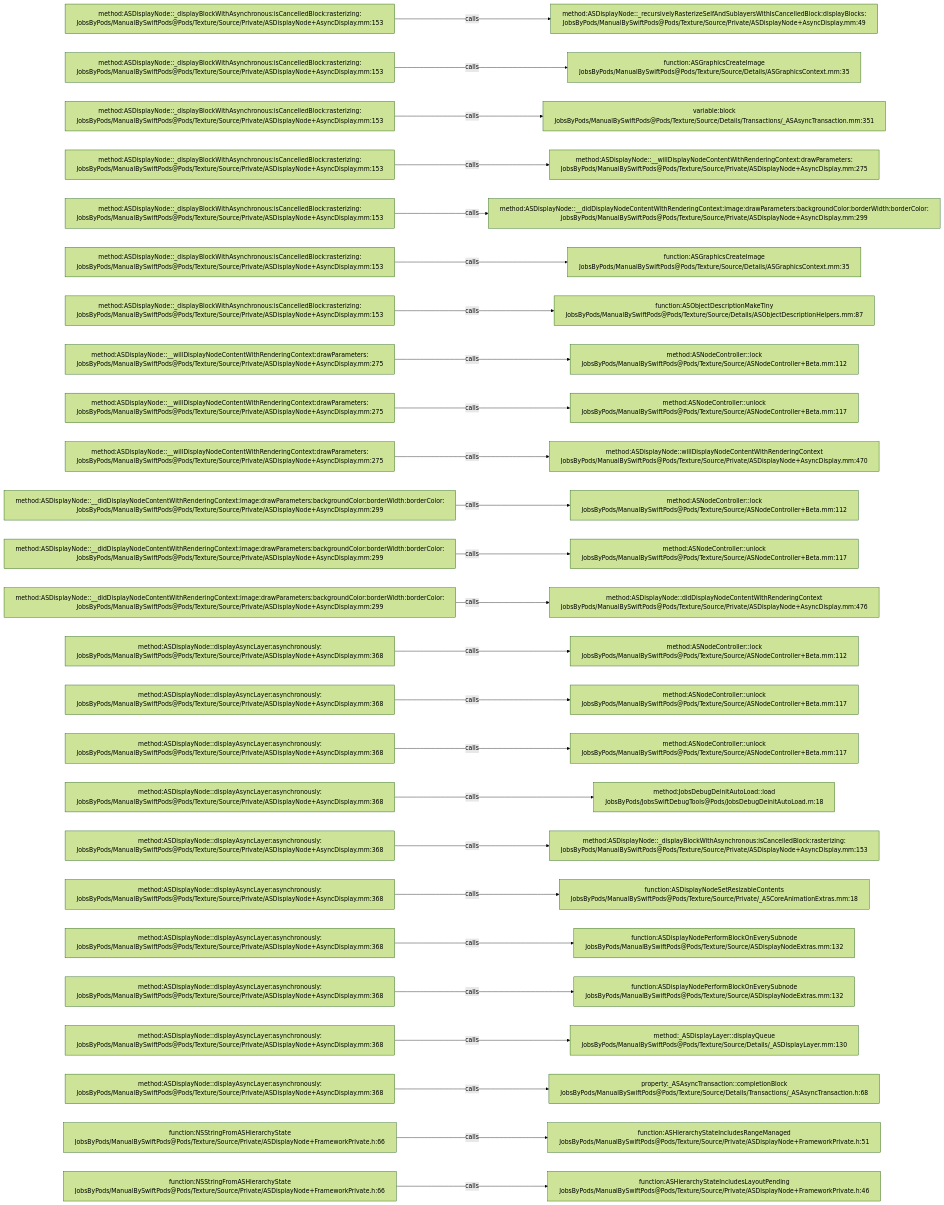
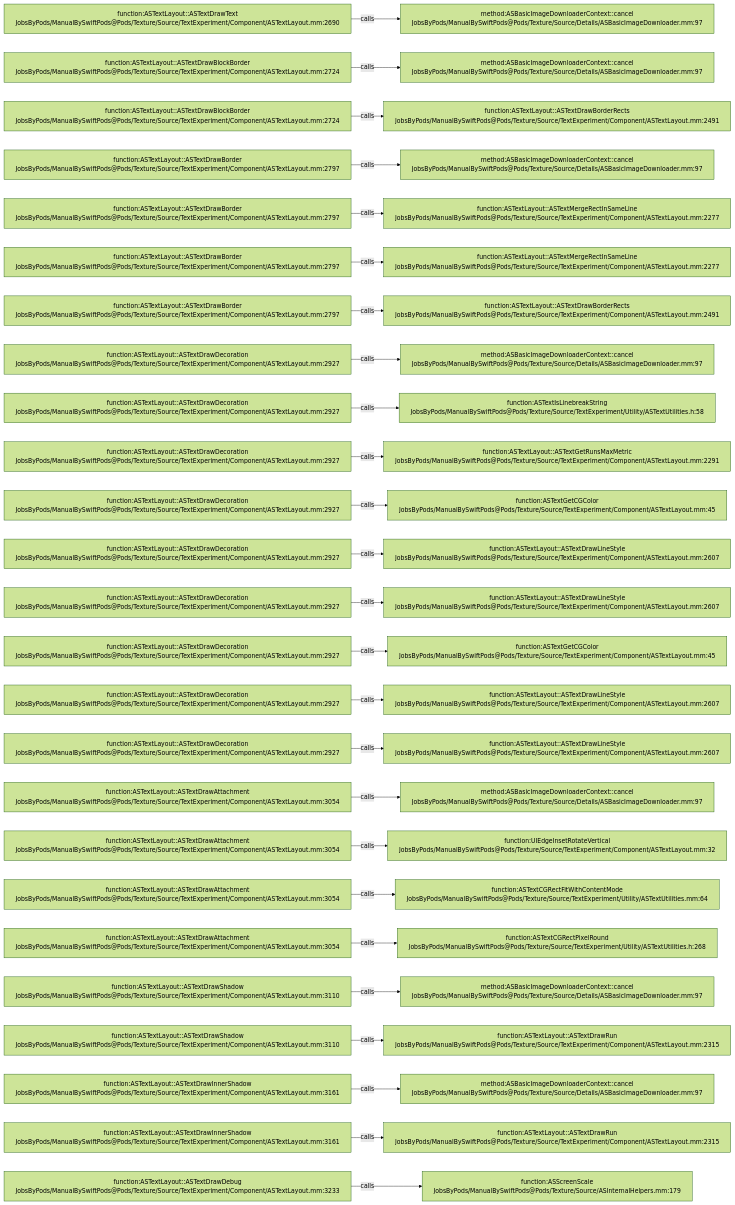
Before and after one commit to JobsKits/JobsSwiftBaseConfigDemo: the diagram in .codegraph/codegraph.md/graphs/calls-136.md, drawn with Mermaid (forest theme). The commit also changed 832 other files, not shown here.

````diff
--- a/.codegraph/codegraph.md/graphs/calls-136.md
+++ b/.codegraph/codegraph.md/graphs/calls-136.md
@@ -13,78 +13,78 @@
 ```mermaid
 flowchart LR
-  S1["method:ASDisplayNode::_displayBlockWithAsynchronous:isCancelledBlock:rasterizing:<br/>JobsByPods/ManualBySwiftPods@Pods/Texture/Source/Private/ASDisplayNode+AsyncDisplay.mm:153"]
-  T1["method:ASDisplayNode::_recursivelyRasterizeSelfAndSublayersWithIsCancelledBlock:displayBlocks:<br/>JobsByPods/ManualBySwiftPods@Pods/Texture/Source/Private/ASDisplayNode+AsyncDisplay.mm:49"]
+  S1["function:ASTextLayout::ASTextDrawText<br/>JobsByPods/ManualBySwiftPods@Pods/Texture/Source/TextExperiment/Component/ASTextLayout.mm:2690"]
+  T1["method:ASBasicImageDownloaderContext::cancel<br/>JobsByPods/ManualBySwiftPods@Pods/Texture/Source/Details/ASBasicImageDownloader.mm:97"]
   S1 -->|calls| T1
-  S2["method:ASDisplayNode::_displayBlockWithAsynchronous:isCancelledBlock:rasterizing:<br/>JobsByPods/ManualBySwiftPods@Pods/Texture/Source/Private/ASDisplayNode+AsyncDisplay.mm:153"]
-  T2["function:ASGraphicsCreateImage<br/>JobsByPods/ManualBySwiftPods@Pods/Texture/Source/Details/ASGraphicsContext.mm:35"]
+  S2["function:ASTextLayout::ASTextDrawBlockBorder<br/>JobsByPods/ManualBySwiftPods@Pods/Texture/Source/TextExperiment/Component/ASTextLayout.mm:2724"]
+  T2["method:ASBasicImageDownloaderContext::cancel<br/>JobsByPods/ManualBySwiftPods@Pods/Texture/Source/Details/ASBasicImageDownloader.mm:97"]
   S2 -->|calls| T2
-  S3["method:ASDisplayNode::_displayBlockWithAsynchronous:isCancelledBlock:rasterizing:<br/>JobsByPods/ManualBySwiftPods@Pods/Texture/Source/Private/ASDisplayNode+AsyncDisplay.mm:153"]
-  T3["variable:block<br/>JobsByPods/ManualBySwiftPods@Pods/Texture/Source/Details/Transactions/_ASAsyncTransaction.mm:351"]
+  S3["function:ASTextLayout::ASTextDrawBlockBorder<br/>JobsByPods/ManualBySwiftPods@Pods/Texture/Source/TextExperiment/Component/ASTextLayout.mm:2724"]
+  T3["function:ASTextLayout::ASTextDrawBorderRects<br/>JobsByPods/ManualBySwiftPods@Pods/Texture/Source/TextExperiment/Component/ASTextLayout.mm:2491"]
   S3 -->|calls| T3
-  S4["method:ASDisplayNode::_displayBlockWithAsynchronous:isCancelledBlock:rasterizing:<br/>JobsByPods/ManualBySwiftPods@Pods/Texture/Source/Private/ASDisplayNode+AsyncDisplay.mm:153"]
-  T4["method:ASDisplayNode::__willDisplayNodeContentWithRenderingContext:drawParameters:<br/>JobsByPods/ManualBySwiftPods@Pods/Texture/Source/Private/ASDisplayNode+AsyncDisplay.mm:275"]
+  S4["function:ASTextLayout::ASTextDrawBorder<br/>JobsByPods/ManualBySwiftPods@Pods/Texture/Source/TextExperiment/Component/ASTextLayout.mm:2797"]
+  T4["method:ASBasicImageDownloaderContext::cancel<br/>JobsByPods/ManualBySwiftPods@Pods/Texture/Source/Details/ASBasicImageDownloader.mm:97"]
   S4 -->|calls| T4
-  S5["method:ASDisplayNode::_displayBlockWithAsynchronous:isCancelledBlock:rasterizing:<br/>JobsByPods/ManualBySwiftPods@Pods/Texture/Source/Private/ASDisplayNode+AsyncDisplay.mm:153"]
-  T5["method:ASDisplayNode::__didDisplayNodeContentWithRenderingContext:image:drawParameters:backgroundColor:borderWidth:borderColor:<br/>JobsByPods/ManualBySwiftPods@Pods/Texture/Source/Private/ASDisplayNode+AsyncDisplay.mm:299"]
+  S5["function:ASTextLayout::ASTextDrawBorder<br/>JobsByPods/ManualBySwiftPods@Pods/Texture/Source/TextExperiment/Component/ASTextLayout.mm:2797"]
+  T5["function:ASTextLayout::ASTextMergeRectInSameLine<br/>JobsByPods/ManualBySwiftPods@Pods/Texture/Source/TextExperiment/Component/ASTextLayout.mm:2277"]
   S5 -->|calls| T5
-  S6["method:ASDisplayNode::_displayBlockWithAsynchronous:isCancelledBlock:rasterizing:<br/>JobsByPods/ManualBySwiftPods@Pods/Texture/Source/Private/ASDisplayNode+AsyncDisplay.mm:153"]
-  T6["function:ASGraphicsCreateImage<br/>JobsByPods/ManualBySwiftPods@Pods/Texture/Source/Details/ASGraphicsContext.mm:35"]
+  S6["function:ASTextLayout::ASTextDrawBorder<br/>JobsByPods/ManualBySwiftPods@Pods/Texture/Source/TextExperiment/Component/ASTextLayout.mm:2797"]
+  T6["function:ASTextLayout::ASTextMergeRectInSameLine<br/>JobsByPods/ManualBySwiftPods@Pods/Texture/Source/TextExperiment/Component/ASTextLayout.mm:2277"]
   S6 -->|calls| T6
-  S7["method:ASDisplayNode::_displayBlockWithAsynchronous:isCancelledBlock:rasterizing:<br/>JobsByPods/ManualBySwiftPods@Pods/Texture/Source/Private/ASDisplayNode+AsyncDisplay.mm:153"]
-  T7["function:ASObjectDescriptionMakeTiny<br/>JobsByPods/ManualBySwiftPods@Pods/Texture/Source/Details/ASObjectDescriptionHelpers.mm:87"]
+  S7["function:ASTextLayout::ASTextDrawBorder<br/>JobsByPods/ManualBySwiftPods@Pods/Texture/Source/TextExperiment/Component/ASTextLayout.mm:2797"]
+  T7["function:ASTextLayout::ASTextDrawBorderRects<br/>JobsByPods/ManualBySwiftPods@Pods/Texture/Source/TextExperiment/Component/ASTextLayout.mm:2491"]
   S7 -->|calls| T7
-  S8["method:ASDisplayNode::__willDisplayNodeContentWithRenderingContext:drawParameters:<br/>JobsByPods/ManualBySwiftPods@Pods/Texture/Source/Private/ASDisplayNode+AsyncDisplay.mm:275"]
-  T8["method:ASNodeController::lock<br/>JobsByPods/ManualBySwiftPods@Pods/Texture/Source/ASNodeController+Beta.mm:112"]
+  S8["function:ASTextLayout::ASTextDrawDecoration<br/>JobsByPods/ManualBySwiftPods@Pods/Texture/Source/TextExperiment/Component/ASTextLayout.mm:2927"]
+  T8["method:ASBasicImageDownloaderContext::cancel<br/>JobsByPods/ManualBySwiftPods@Pods/Texture/Source/Details/ASBasicImageDownloader.mm:97"]
   S8 -->|calls| T8
-  S9["method:ASDisplayNode::__willDisplayNodeContentWithRenderingContext:drawParameters:<br/>JobsByPods/ManualBySwiftPods@Pods/Texture/Source/Private/ASDisplayNode+AsyncDisplay.mm:275"]
-  T9["method:ASNodeController::unlock<br/>JobsByPods/ManualBySwiftPods@Pods/Texture/Source/ASNodeController+Beta.mm:117"]
+  S9["function:ASTextLayout::ASTextDrawDecoration<br/>JobsByPods/ManualBySwiftPods@Pods/Texture/Source/TextExperiment/Component/ASTextLayout.mm:2927"]
+  T9["function:ASTextIsLinebreakString<br/>JobsByPods/ManualBySwiftPods@Pods/Texture/Source/TextExperiment/Utility/ASTextUtilities.h:58"]
   S9 -->|calls| T9
-  S10["method:ASDisplayNode::__willDisplayNodeContentWithRenderingContext:drawParameters:<br/>JobsByPods/ManualBySwiftPods@Pods/Texture/Source/Private/ASDisplayNode+AsyncDisplay.mm:275"]
-  T10["method:ASDisplayNode::willDisplayNodeContentWithRenderingContext<br/>JobsByPods/ManualBySwiftPods@Pods/Texture/Source/Private/ASDisplayNode+AsyncDisplay.mm:470"]
+  S10["function:ASTextLayout::ASTextDrawDecoration<br/>JobsByPods/ManualBySwiftPods@Pods/Texture/Source/TextExperiment/Component/ASTextLayout.mm:2927"]
+  T10["function:ASTextLayout::ASTextGetRunsMaxMetric<br/>JobsByPods/ManualBySwiftPods@Pods/Texture/Source/TextExperiment/Component/ASTextLayout.mm:2291"]
   S10 -->|calls| T10
-  S11["method:ASDisplayNode::__didDisplayNodeContentWithRenderingContext:image:drawParameters:backgroundColor:borderWidth:borderColor:<br/>JobsByPods/ManualBySwiftPods@Pods/Texture/Source/Private/ASDisplayNode+AsyncDisplay.mm:299"]
-  T11["method:ASNodeController::lock<br/>JobsByPods/ManualBySwiftPods@Pods/Texture/Source/ASNodeController+Beta.mm:112"]
+  S11["function:ASTextLayout::ASTextDrawDecoration<br/>JobsByPods/ManualBySwiftPods@Pods/Texture/Source/TextExperiment/Component/ASTextLayout.mm:2927"]
+  T11["function:ASTextGetCGColor<br/>JobsByPods/ManualBySwiftPods@Pods/Texture/Source/TextExperiment/Component/ASTextLayout.mm:45"]
   S11 -->|calls| T11
-  S12["method:ASDisplayNode::__didDisplayNodeContentWithRenderingContext:image:drawParameters:backgroundColor:borderWidth:borderColor:<br/>JobsByPods/ManualBySwiftPods@Pods/Texture/Source/Private/ASDisplayNode+AsyncDisplay.mm:299"]
-  T12["method:ASNodeController::unlock<br/>JobsByPods/ManualBySwiftPods@Pods/Texture/Source/ASNodeController+Beta.mm:117"]
+  S12["function:ASTextLayout::ASTextDrawDecoration<br/>JobsByPods/ManualBySwiftPods@Pods/Texture/Source/TextExperiment/Component/ASTextLayout.mm:2927"]
+  T12["function:ASTextLayout::ASTextDrawLineStyle<br/>JobsByPods/ManualBySwiftPods@Pods/Texture/Source/TextExperiment/Component/ASTextLayout.mm:2607"]
   S12 -->|calls| T12
-  S13["method:ASDisplayNode::__didDisplayNodeContentWithRenderingContext:image:drawParameters:backgroundColor:borderWidth:borderColor:<br/>JobsByPods/ManualBySwiftPods@Pods/Texture/Source/Private/ASDisplayNode+AsyncDisplay.mm:299"]
-  T13["method:ASDisplayNode::didDisplayNodeContentWithRenderingContext<br/>JobsByPods/ManualBySwiftPods@Pods/Texture/Source/Private/ASDisplayNode+AsyncDisplay.mm:476"]
+  S13["function:ASTextLayout::ASTextDrawDecoration<br/>JobsByPods/ManualBySwiftPods@Pods/Texture/Source/TextExperiment/Component/ASTextLayout.mm:2927"]
+  T13["function:ASTextLayout::ASTextDrawLineStyle<br/>JobsByPods/ManualBySwiftPods@Pods/Texture/Source/TextExperiment/Component/ASTextLayout.mm:2607"]
   S13 -->|calls| T13
-  S14["method:ASDisplayNode::displayAsyncLayer:asynchronously:<br/>JobsByPods/ManualBySwiftPods@Pods/Texture/Source/Private/ASDisplayNode+AsyncDisplay.mm:368"]
-  T14["method:ASNodeController::lock<br/>JobsByPods/ManualBySwiftPods@Pods/Texture/Source/ASNodeController+Beta.mm:112"]
+  S14["function:ASTextLayout::ASTextDrawDecoration<br/>JobsByPods/ManualBySwiftPods@Pods/Texture/Source/TextExperiment/Component/ASTextLayout.mm:2927"]
+  T14["function:ASTextGetCGColor<br/>JobsByPods/ManualBySwiftPods@Pods/Texture/Source/TextExperiment/Component/ASTextLayout.mm:45"]
   S14 -->|calls| T14
-  S15["method:ASDisplayNode::displayAsyncLayer:asynchronously:<br/>JobsByPods/ManualBySwiftPods@Pods/Texture/Source/Private/ASDisplayNode+AsyncDisplay.mm:368"]
-  T15["method:ASNodeController::unlock<br/>JobsByPods/ManualBySwiftPods@Pods/Texture/Source/ASNodeController+Beta.mm:117"]
+  S15["function:ASTextLayout::ASTextDrawDecoration<br/>JobsByPods/ManualBySwiftPods@Pods/Texture/Source/TextExperiment/Component/ASTextLayout.mm:2927"]
+  T15["function:ASTextLayout::ASTextDrawLineStyle<br/>JobsByPods/ManualBySwiftPods@Pods/Texture/Source/TextExperiment/Component/ASTextLayout.mm:2607"]
   S15 -->|calls| T15
-  S16["method:ASDisplayNode::displayAsyncLayer:asynchronously:<br/>JobsByPods/ManualBySwiftPods@Pods/Texture/Source/Private/ASDisplayNode+AsyncDisplay.mm:368"]
-  T16["method:ASNodeController::unlock<br/>JobsByPods/ManualBySwiftPods@Pods/Texture/Source/ASNodeController+Beta.mm:117"]
+  S16["function:ASTextLayout::ASTextDrawDecoration<br/>JobsByPods/ManualBySwiftPods@Pods/Texture/Source/TextExperiment/Component/ASTextLayout.mm:2927"]
+  T16["function:ASTextLayout::ASTextDrawLineStyle<br/>JobsByPods/ManualBySwiftPods@Pods/Texture/Source/TextExperiment/Component/ASTextLayout.mm:2607"]
   S16 -->|calls| T16
-  S17["method:ASDisplayNode::displayAsyncLayer:asynchronously:<br/>JobsByPods/ManualBySwiftPods@Pods/Texture/Source/Private/ASDisplayNode+AsyncDisplay.mm:368"]
-  T17["method:JobsDebugDeinitAutoLoad::load<br/>JobsByPods/JobsSwiftDebugTools@Pods/JobsDebugDeinitAutoLoad.m:18"]
+  S17["function:ASTextLayout::ASTextDrawAttachment<br/>JobsByPods/ManualBySwiftPods@Pods/Texture/Source/TextExperiment/Component/ASTextLayout.mm:3054"]
+  T17["method:ASBasicImageDownloaderContext::cancel<br/>JobsByPods/ManualBySwiftPods@Pods/Texture/Source/Details/ASBasicImageDownloader.mm:97"]
   S17 -->|calls| T17
-  S18["method:ASDisplayNode::displayAsyncLayer:asynchronously:<br/>JobsByPods/ManualBySwiftPods@Pods/Texture/Source/Private/ASDisplayNode+AsyncDisplay.mm:368"]
-  T18["method:ASDisplayNode::_displayBlockWithAsynchronous:isCancelledBlock:rasterizing:<br/>JobsByPods/ManualBySwiftPods@Pods/Texture/Source/Private/ASDisplayNode+AsyncDisplay.mm:153"]
+  S18["function:ASTextLayout::ASTextDrawAttachment<br/>JobsByPods/ManualBySwiftPods@Pods/Texture/Source/TextExperiment/Component/ASTextLayout.mm:3054"]
+  T18["function:UIEdgeInsetRotateVertical<br/>JobsByPods/ManualBySwiftPods@Pods/Texture/Source/TextExperiment/Component/ASTextLayout.mm:32"]
   S18 -->|calls| T18
-  S19["method:ASDisplayNode::displayAsyncLayer:asynchronously:<br/>JobsByPods/ManualBySwiftPods@Pods/Texture/Source/Private/ASDisplayNode+AsyncDisplay.mm:368"]
-  T19["function:ASDisplayNodeSetResizableContents<br/>JobsByPods/ManualBySwiftPods@Pods/Texture/Source/Private/_ASCoreAnimationExtras.mm:18"]
+  S19["function:ASTextLayout::ASTextDrawAttachment<br/>JobsByPods/ManualBySwiftPods@Pods/Texture/Source/TextExperiment/Component/ASTextLayout.mm:3054"]
+  T19["function:ASTextCGRectFitWithContentMode<br/>JobsByPods/ManualBySwiftPods@Pods/Texture/Source/TextExperiment/Utility/ASTextUtilities.mm:64"]
   S19 -->|calls| T19
-  S20["method:ASDisplayNode::displayAsyncLayer:asynchronously:<br/>JobsByPods/ManualBySwiftPods@Pods/Texture/Source/Private/ASDisplayNode+AsyncDisplay.mm:368"]
-  T20["function:ASDisplayNodePerformBlockOnEverySubnode<br/>JobsByPods/ManualBySwiftPods@Pods/Texture/Source/ASDisplayNodeExtras.mm:132"]
+  S20["function:ASTextLayout::ASTextDrawAttachment<br/>JobsByPods/ManualBySwiftPods@Pods/Texture/Source/TextExperiment/Component/ASTextLayout.mm:3054"]
+  T20["function:ASTextCGRectPixelRound<br/>JobsByPods/ManualBySwiftPods@Pods/Texture/Source/TextExperiment/Utility/ASTextUtilities.h:268"]
   S20 -->|calls| T20
-  S21["method:ASDisplayNode::displayAsyncLayer:asynchronously:<br/>JobsByPods/ManualBySwiftPods@Pods/Texture/Source/Private/ASDisplayNode+AsyncDisplay.mm:368"]
-  T21["function:ASDisplayNodePerformBlockOnEverySubnode<br/>JobsByPods/ManualBySwiftPods@Pods/Texture/Source/ASDisplayNodeExtras.mm:132"]
+  S21["function:ASTextLayout::ASTextDrawShadow<br/>JobsByPods/ManualBySwiftPods@Pods/Texture/Source/TextExperiment/Component/ASTextLayout.mm:3110"]
+  T21["method:ASBasicImageDownloaderContext::cancel<br/>JobsByPods/ManualBySwiftPods@Pods/Texture/Source/Details/ASBasicImageDownloader.mm:97"]
   S21 -->|calls| T21
-  S22["method:ASDisplayNode::displayAsyncLayer:asynchronously:<br/>JobsByPods/ManualBySwiftPods@Pods/Texture/Source/Private/ASDisplayNode+AsyncDisplay.mm:368"]
-  T22["method:_ASDisplayLayer::displayQueue<br/>JobsByPods/ManualBySwiftPods@Pods/Texture/Source/Details/_ASDisplayLayer.mm:130"]
+  S22["function:ASTextLayout::ASTextDrawShadow<br/>JobsByPods/ManualBySwiftPods@Pods/Texture/Source/TextExperiment/Component/ASTextLayout.mm:3110"]
+  T22["function:ASTextLayout::ASTextDrawRun<br/>JobsByPods/ManualBySwiftPods@Pods/Texture/Source/TextExperiment/Component/ASTextLayout.mm:2315"]
   S22 -->|calls| T22
-  S23["method:ASDisplayNode::displayAsyncLayer:asynchronously:<br/>JobsByPods/ManualBySwiftPods@Pods/Texture/Source/Private/ASDisplayNode+AsyncDisplay.mm:368"]
-  T23["property:_ASAsyncTransaction::completionBlock<br/>JobsByPods/ManualBySwiftPods@Pods/Texture/Source/Details/Transactions/_ASAsyncTransaction.h:68"]
+  S23["function:ASTextLayout::ASTextDrawInnerShadow<br/>JobsByPods/ManualBySwiftPods@Pods/Texture/Source/TextExperiment/Component/ASTextLayout.mm:3161"]
+  T23["method:ASBasicImageDownloaderContext::cancel<br/>JobsByPods/ManualBySwiftPods@Pods/Texture/Source/Details/ASBasicImageDownloader.mm:97"]
   S23 -->|calls| T23
-  S24["function:NSStringFromASHierarchyState<br/>JobsByPods/ManualBySwiftPods@Pods/Texture/Source/Private/ASDisplayNode+FrameworkPrivate.h:66"]
-  T24["function:ASHierarchyStateIncludesRangeManaged<br/>JobsByPods/ManualBySwiftPods@Pods/Texture/Source/Private/ASDisplayNode+FrameworkPrivate.h:51"]
+  S24["function:ASTextLayout::ASTextDrawInnerShadow<br/>JobsByPods/ManualBySwiftPods@Pods/Texture/Source/TextExperiment/Component/ASTextLayout.mm:3161"]
+  T24["function:ASTextLayout::ASTextDrawRun<br/>JobsByPods/ManualBySwiftPods@Pods/Texture/Source/TextExperiment/Component/ASTextLayout.mm:2315"]
   S24 -->|calls| T24
-  S25["function:NSStringFromASHierarchyState<br/>JobsByPods/ManualBySwiftPods@Pods/Texture/Source/Private/ASDisplayNode+FrameworkPrivate.h:66"]
-  T25["function:ASHierarchyStateIncludesLayoutPending<br/>JobsByPods/ManualBySwiftPods@Pods/Texture/Source/Private/ASDisplayNode+FrameworkPrivate.h:46"]
+  S25["function:ASTextLayout::ASTextDrawDebug<br/>JobsByPods/ManualBySwiftPods@Pods/Texture/Source/TextExperiment/Component/ASTextLayout.mm:3233"]
+  T25["function:ASScreenScale<br/>JobsByPods/ManualBySwiftPods@Pods/Texture/Source/ASInternalHelpers.mm:179"]
   S25 -->|calls| T25
 ```
````
